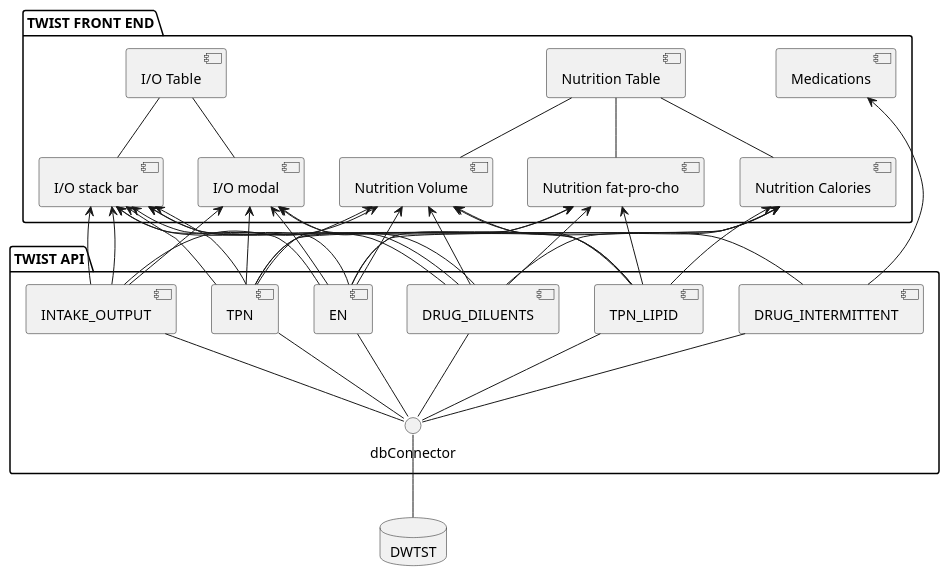
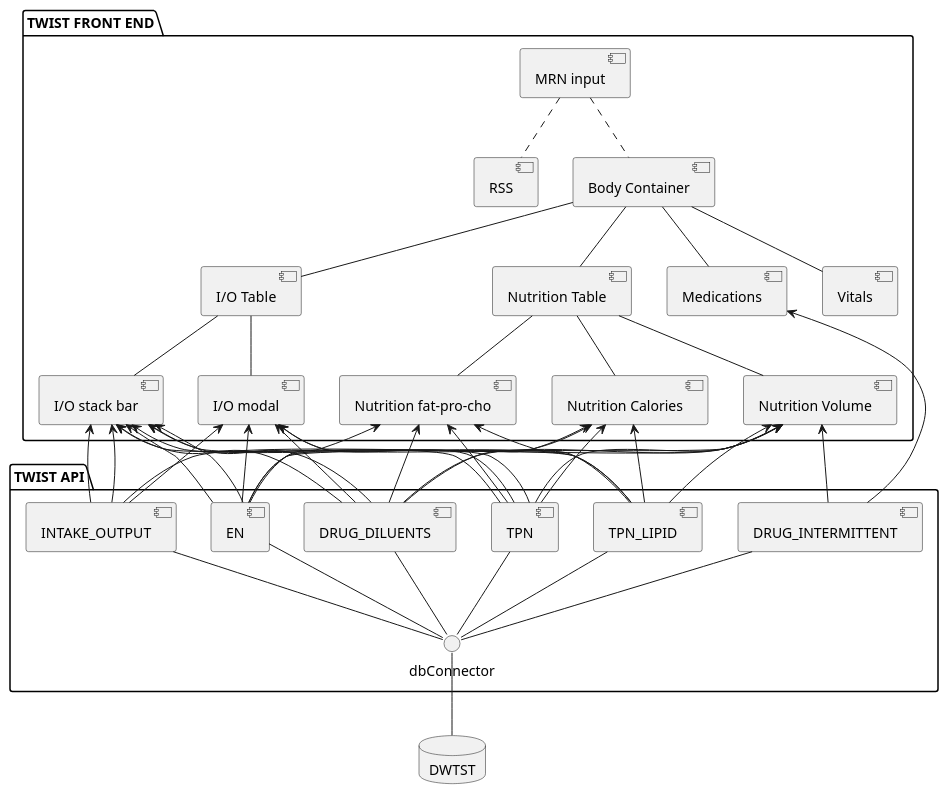
Before and after one commit to TwistTRL/nodejs-twist-api: the diagram in assets/db-api-front.iuml, drawn with PlantUML. The commit also changed 1 other file, not shown here.

```diff
--- a/assets/db-api-front.iuml
+++ b/assets/db-api-front.iuml
@@ -1,61 +1,68 @@
 @startuml db-api-frontend
 package "TWIST FRONT END" {
+  [MRN input] .. [RSS]
+  [MRN input] .. [Body Container]
+  [Body Container] -- [I/O Table]
+  [Body Container] -- [Nutrition Table]
+  [Body Container] -- [Medications]
+  [Body Container] -- [Vitals]
+
   [Nutrition Table] -- [Nutrition Volume]
   [Nutrition Table] -- [Nutrition fat-pro-cho]
   [Nutrition Table] -- [Nutrition Calories]
 
   [I/O Table] -- [I/O stack bar]
   [I/O Table] -- [I/O modal]
 
   [Medications]
 }
 
 package "TWIST API" {
   [TPN_LIPID] -down- dbConnector
   [EN] -down- dbConnector
   [TPN] -down- dbConnector
   [INTAKE_OUTPUT] -down- dbConnector
   [DRUG_INTERMITTENT] -down- dbConnector
   [DRUG_DILUENTS] -down- dbConnector
 }
 
 database DWTST
 
 [Nutrition Volume] <-- [TPN_LIPID]
 [Nutrition Volume] <-- [TPN]
 [Nutrition Volume] <-- [EN]
 [Nutrition Volume] <-- [INTAKE_OUTPUT]
 [Nutrition Volume] <-- [DRUG_INTERMITTENT]
 [Nutrition Volume] <-- [DRUG_DILUENTS]
 
 [Nutrition fat-pro-cho] <-- [TPN_LIPID]
 [Nutrition fat-pro-cho] <-- [TPN]
 [Nutrition fat-pro-cho] <-- [EN]
 [Nutrition fat-pro-cho] <-- [DRUG_DILUENTS]
 
 [Nutrition Calories] <-- [TPN_LIPID]
 [Nutrition Calories] <-- [TPN]
 [Nutrition Calories] <-- [EN]
 [Nutrition Calories] <-- [DRUG_DILUENTS]
 
 [I/O stack bar] <-- [TPN]
 [I/O stack bar] <-- [TPN_LIPID]
 [I/O stack bar] <-- [EN]
 [I/O stack bar] <-- [INTAKE_OUTPUT]
 [I/O stack bar] <-- [DRUG_DILUENTS]
 
 [I/O modal] <-- [TPN]
 [I/O modal] <-- [TPN_LIPID]
 [I/O modal] <-- [EN]
 [I/O modal] <-- [INTAKE_OUTPUT]
 [I/O modal] <-- [DRUG_DILUENTS]
 
 [I/O stack bar] <-- [TPN]
 [I/O stack bar] <-- [EN]
 [I/O stack bar] <-- [INTAKE_OUTPUT]
 [I/O stack bar] <-- [DRUG_DILUENTS]
 
 [Medications] <-- [DRUG_INTERMITTENT]
 
 DWTST -up- dbConnector
 @enduml
```
